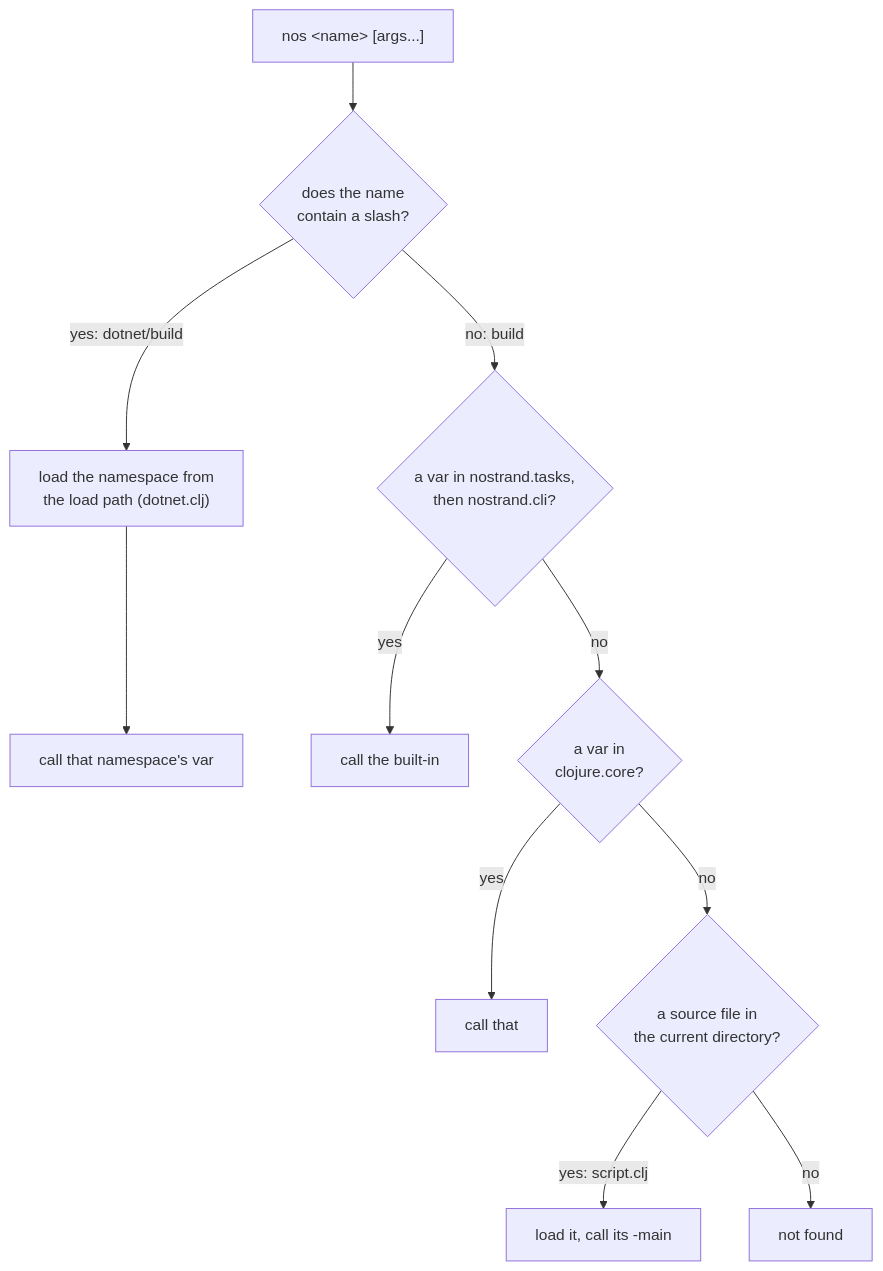
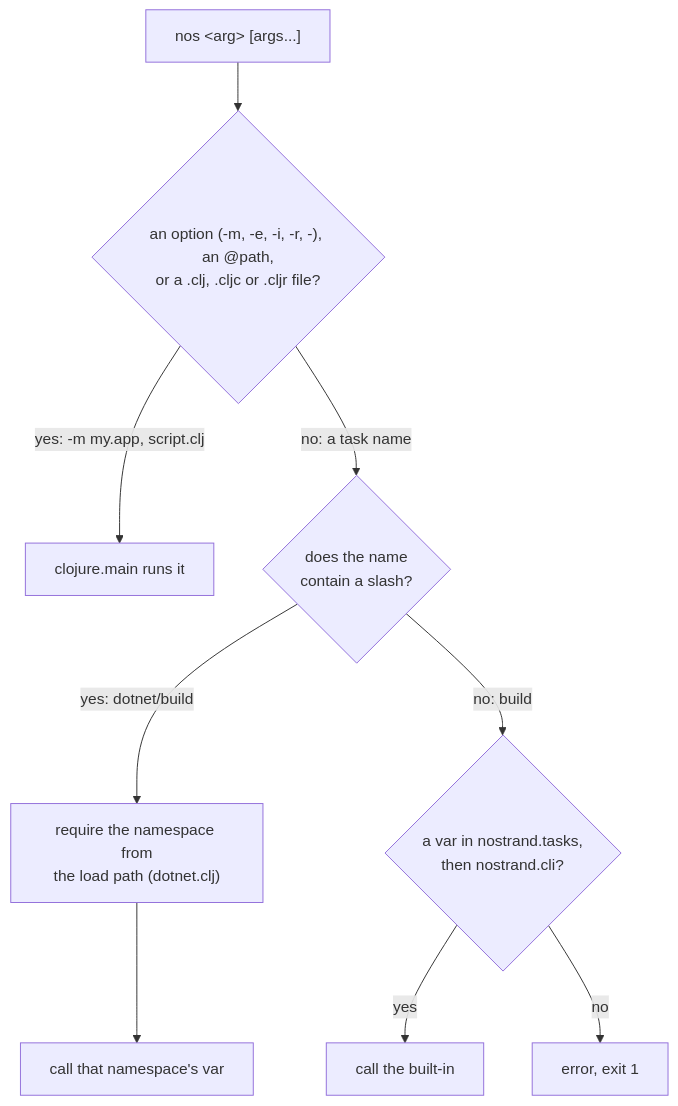
The diagram in docs/nos-cli.md (flybot-sg/magic), drawn with Mermaid before and after one commit. The commit also changed other lines of this file and 17 other files, not shown here.

First line of the commit message:
fix(nostrand): run the command line through clojure.main (#192 nasser/nostrand#33)

````diff
--- a/docs/nos-cli.md
+++ b/docs/nos-cli.md
@@ -11,13 +11,11 @@
 ```mermaid
 flowchart TD
-    arg["nos &lt;name&gt; [args...]"] --> slash{"does the name<br/>contain a slash?"}
-    slash -->|"yes: dotnet/build"| load["load the namespace from<br/>the load path (dotnet.clj)"]
+    arg["nos &lt;arg&gt; [args...]"] --> opt{"an option (-m, -e, -i, -r, -), an @path,<br/>or a .clj, .cljc or .cljr file?"}
+    opt -->|"yes: -m my.app, script.clj"| main["clojure.main runs it"]
+    opt -->|"no: a task name"| slash{"does the name<br/>contain a slash?"}
+    slash -->|"yes: dotnet/build"| load["require the namespace from<br/>the load path (dotnet.clj)"]
     load --> v1["call that namespace's var"]
     slash -->|"no: build"| bi{"a var in nostrand.tasks,<br/>then nostrand.cli?"}
     bi -->|yes| v2["call the built-in"]
-    bi -->|no| core{"a var in<br/>clojure.core?"}
-    core -->|yes| v3["call that"]
-    core -->|no| file{"a source file in<br/>the current directory?"}
-    file -->|"yes: script.clj"| v4["load it, call its -main"]
-    file -->|no| fail["not found"]
+    bi -->|no| fail["error, exit 1"]
 ```
````
